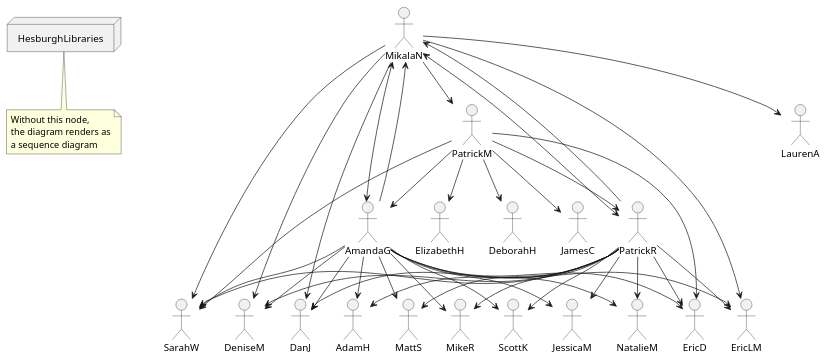
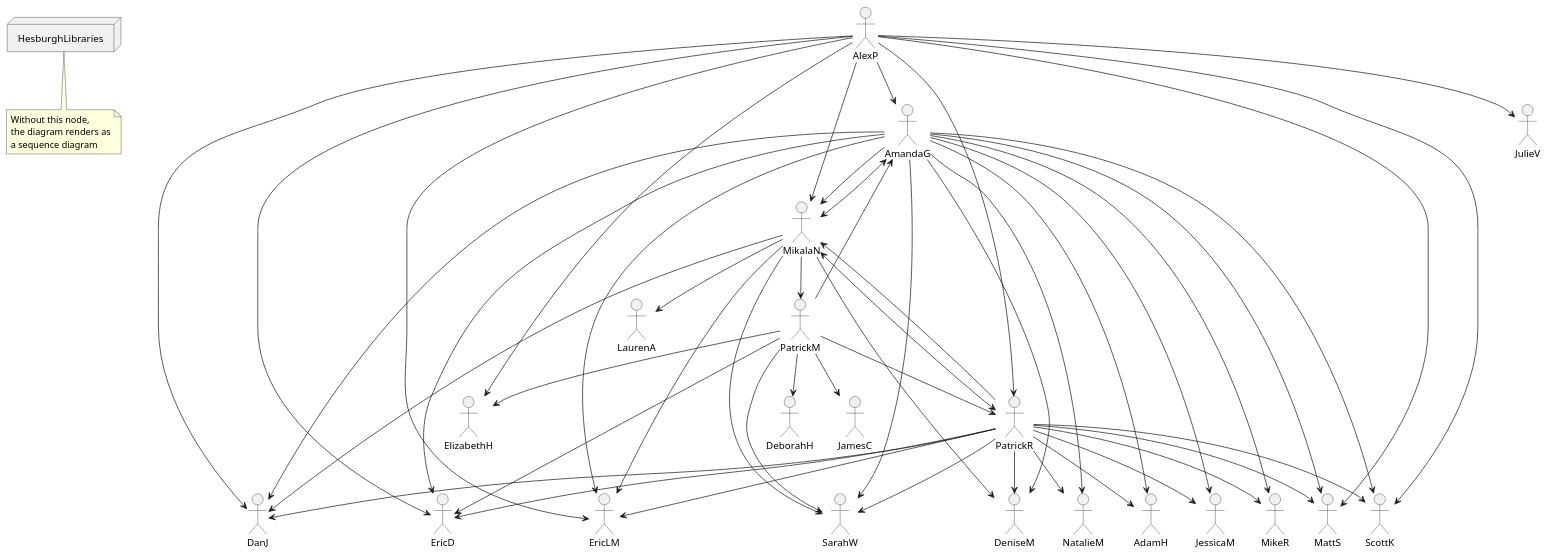
Before and after one commit to ndlib/dam-ecosystem-mapping: the diagram in plantuml/people.puml, drawn with PlantUML.

Commit message:
Updating People relations based on conversation w/ Alex

```diff
--- a/plantuml/people.puml
+++ b/plantuml/people.puml
@@ -3,62 +3,74 @@
 @startuml
 node HesburghLibraries
 note bottom of HesburghLibraries
   Without this node,
   the diagram renders as
   a sequence diagram
 end note
 
+actor AlexP
+actor AmandaG
+actor DanJ
+actor DeborahH
+actor DeniseM
+actor ElizabethH
+actor EricD
+actor EricLM
+actor JamesC
+actor JulieV
+actor LaurenA
 actor MikalaN
 actor PatrickM
-actor DeniseM
-actor AmandaG
 actor PatrickR
 actor SarahW
-actor DanJ
-actor LaurenA
-actor ElizabethH
-actor EricD
-actor DeborahH
-actor JamesC
-actor EricLM
 
+AlexP --> AmandaG
+AlexP --> DanJ
+AlexP --> ElizabethH
+AlexP --> EricD
+AlexP --> EricLM
+AlexP --> JulieV
+AlexP --> MattS
+AlexP --> MikalaN
+AlexP --> PatrickR
+AlexP --> ScottK
+AmandaG --> AdamH
+AmandaG --> DanJ
+AmandaG --> DeniseM
+AmandaG --> EricD
+AmandaG --> EricLM
+AmandaG --> JessicaM
+AmandaG --> MattS
+AmandaG --> MikalaN
+AmandaG --> MikeR
+AmandaG --> NatalieM
+AmandaG --> SarahW
+AmandaG --> ScottK
+MikalaN --> DanJ
+MikalaN --> DeniseM
+MikalaN --> EricLM
+MikalaN --> LaurenA
 MikalaN --> PatrickM
-MikalaN --> DeniseM
+MikalaN --> SarahW
 MikalaN <--> AmandaG
 MikalaN <--> PatrickR
-MikalaN --> SarahW
-MikalaN --> DanJ
-MikalaN --> LaurenA
+PatrickM --> AmandaG
+PatrickM --> DeborahH
 PatrickM --> ElizabethH
 PatrickM --> EricD
+PatrickM --> JamesC
+PatrickM --> PatrickR
 PatrickM --> SarahW
-PatrickM --> AmandaG
-PatrickM --> PatrickR
-PatrickM --> DeborahH
-PatrickM --> JamesC
-MikalaN --> EricLM
+PatrickR --> AdamH
+PatrickR --> DanJ
+PatrickR --> DeniseM
+PatrickR --> EricD
 PatrickR --> EricLM
+PatrickR --> JessicaM
+PatrickR --> MattS
+PatrickR --> MikalaN
+PatrickR --> MikeR
+PatrickR --> NatalieM
 PatrickR --> SarahW
-PatrickR --> EricD
-PatrickR --> MikeR
-PatrickR --> DeniseM
-PatrickR --> DanJ
-PatrickR --> MikalaN
 PatrickR --> ScottK
-PatrickR --> JessicaM
-PatrickR --> NatalieM
-PatrickR --> AdamH
-PatrickR --> MattS
-AmandaG --> EricLM
-AmandaG --> SarahW
-AmandaG --> EricD
-AmandaG --> MikeR
-AmandaG --> DeniseM
-AmandaG --> DanJ
-AmandaG --> MikalaN
-AmandaG --> ScottK
-AmandaG --> JessicaM
-AmandaG --> NatalieM
-AmandaG --> AdamH
-AmandaG --> MattS
 @enduml
```
